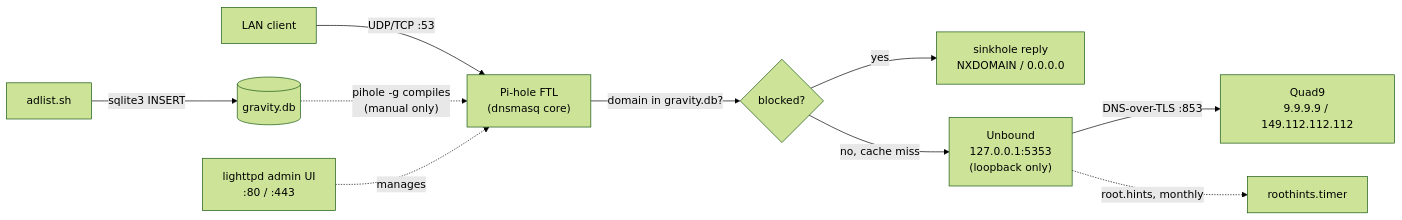
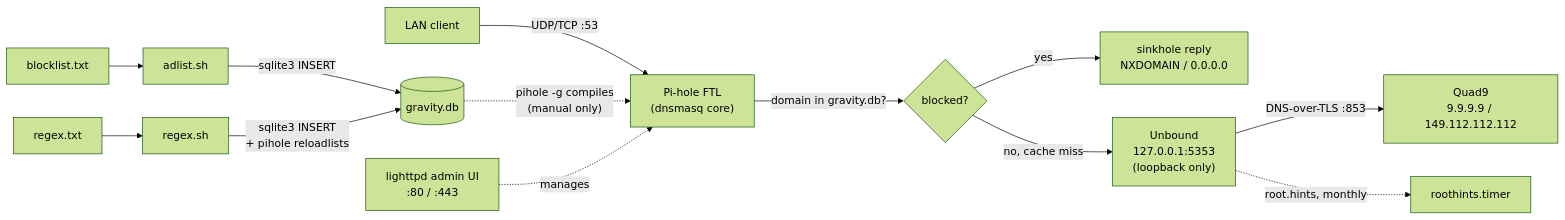
The diagram in README.md (kishansundar/pihole-unbound), drawn with Mermaid (forest theme) before and after one commit. The commit also changed other lines of this file and 6 other files, not shown here.

````diff
--- a/README.md
+++ b/README.md
@@ -16,12 +16,15 @@
 ```mermaid
 flowchart LR
     client["LAN client"] -->|"UDP/TCP :53"| ftl["Pi-hole FTL\n(dnsmasq core)"]
     ftl -->|"domain in gravity.db?"| decision{"blocked?"}
     decision -->|yes| sink["sinkhole reply\nNXDOMAIN / 0.0.0.0"]
     decision -->|"no, cache miss"| unbound["Unbound\n127.0.0.1:5353\n(loopback only)"]
     unbound -->|"DNS-over-TLS :853"| quad9["Quad9\n9.9.9.9 / 149.112.112.112"]
     unbound -.->|"root.hints, monthly"| hints["roothints.timer"]
-    loader["adlist.sh"] -->|"sqlite3 INSERT"| gdb[("gravity.db")]
+    blocklist["blocklist.txt"] --> loader["adlist.sh"]
+    loader -->|"sqlite3 INSERT"| gdb[("gravity.db")]
     gdb -.->|"pihole -g compiles\n(manual only)"| ftl
+    regexfile["regex.txt"] --> regexsh["regex.sh"]
+    regexsh -->|"sqlite3 INSERT\n+ pihole reloadlists"| gdb
     admin["lighttpd admin UI\n:80 / :443"] -.manages.-> ftl
 ```
````
